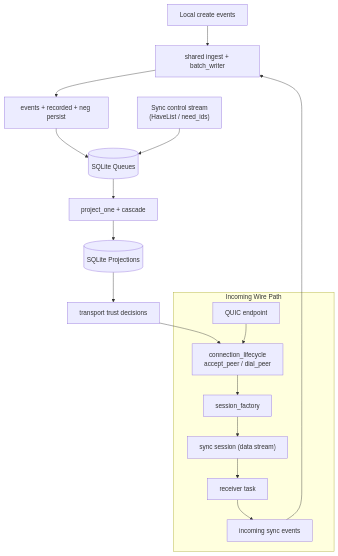
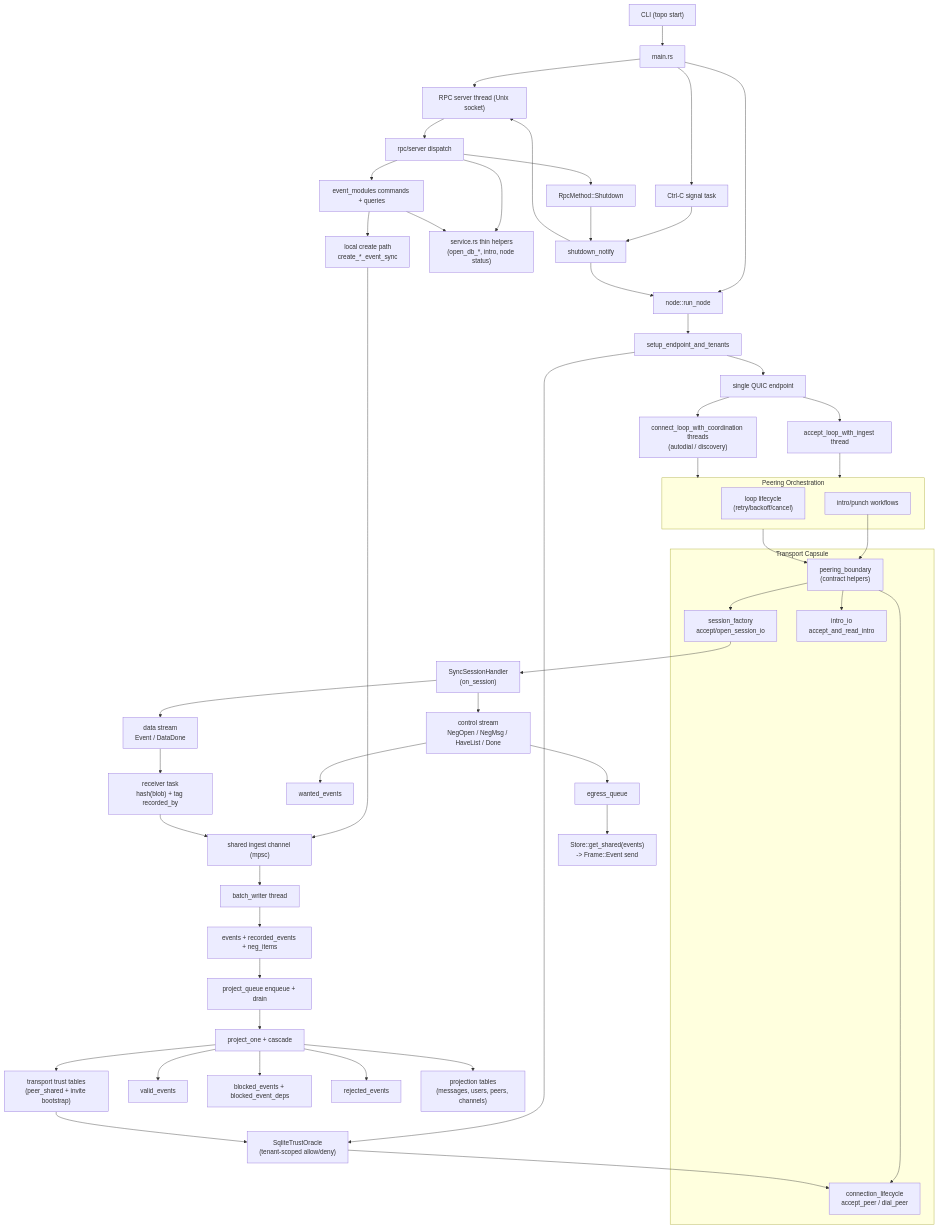
Before and after one commit to holmesworcester/topo: the fifth of 5 diagrams in docs/CURRENT_RUNTIME_DIAGRAM.md, drawn with Mermaid. The commit also changed other lines of this file, not shown here.

Commit message:
Reorder runtime diagrams and keep topology as reference

````diff
--- a/docs/CURRENT_RUNTIME_DIAGRAM.md
+++ b/docs/CURRENT_RUNTIME_DIAGRAM.md
@@ -169,22 +119,73 @@
 ```mermaid
 flowchart TD
-    LOCAL["Local create events"] --> INGEST["shared ingest + batch_writer"]
+    CLI["CLI (topo start)"] --> MAIN["main.rs"]
+    MAIN --> RPC["RPC server thread (Unix socket)"]
+    MAIN --> NODE["node::run_node"]
+    MAIN --> SIG["Ctrl-C signal task"]
+    SIG --> SHUT_N["shutdown_notify"]
 
-    subgraph NET["Incoming Wire Path"]
-      EP["QUIC endpoint"] --> LIFE["connection_lifecycle\naccept_peer / dial_peer"]
-      LIFE --> FACT["session_factory"]
-      FACT --> SESS["sync session (data stream)"]
-      SESS --> RECV["receiver task"]
-      RECV --> INCOMING["incoming sync events"]
+    RPC --> DISPATCH["rpc/server dispatch"]
+    DISPATCH --> SHUT_REQ["RpcMethod::Shutdown"]
+    SHUT_REQ --> SHUT_N
+    DISPATCH --> EMQ["event_modules commands + queries"]
+    DISPATCH --> SVC["service.rs thin helpers\n(open_db_*, intro, node status)"]
+    EMQ --> SVC
+
+    EMQ --> LOCAL["local create path\ncreate_*_event_sync"]
+    LOCAL --> INGEST["shared ingest channel (mpsc)"]
+
+    NODE --> START["setup_endpoint_and_tenants"]
+    START --> EP["single QUIC endpoint"]
+    START --> TRUST["SqliteTrustOracle\n(tenant-scoped allow/deny)"]
+
+    INGEST --> WRITER["batch_writer thread"]
+    WRITER --> STORE["events + recorded_events + neg_items"]
+    STORE --> PROJ_Q["project_queue enqueue + drain"]
+    PROJ_Q --> PROJ["project_one + cascade"]
+
+    EP --> ACCEPT["accept_loop_with_ingest thread"]
+    EP --> CONNECT["connect_loop_with_coordination threads\n(autodial / discovery)"]
+
+    ACCEPT --> ORCH
+    CONNECT --> ORCH
+
+    subgraph ORCH["Peering Orchestration"]
+      CYCLE["loop lifecycle\n(retry/backoff/cancel)"]
+      INTRO["intro/punch workflows"]
     end
 
-    INCOMING --> INGEST
-    INGEST --> STORE["events + recorded + neg persist"]
-    STORE --> QDB[("SQLite Queues")]
-    QDB --> APPLY["project_one + cascade"]
-    APPLY --> PDB[("SQLite Projections")]
+    subgraph TRANS["Transport Capsule"]
+      BOUND["peering_boundary\n(contract helpers)"]
+      LIFE["connection_lifecycle\naccept_peer / dial_peer"]
+      FACT["session_factory\naccept/open_session_io"]
+      IIO["intro_io\naccept_and_read_intro"]
+    end
 
-    CTRL["Sync control stream\n(HaveList / need_ids)"] --> QDB
-    PDB --> TRUST["transport trust decisions"]
+    ORCH --> BOUND
+    INTRO --> BOUND
+    BOUND --> LIFE
+    BOUND --> FACT
+    BOUND --> IIO
+
+    FACT --> SYNC["SyncSessionHandler\n(on_session)"]
+    SYNC --> CTRL_STREAM["control stream\nNegOpen / NegMsg / HaveList / Done"]
+    SYNC --> DATA["data stream\nEvent / DataDone"]
+
+    CTRL_STREAM --> WANT["wanted_events"]
+    CTRL_STREAM --> EGRESS["egress_queue"]
+    EGRESS --> SEND["Store::get_shared(events)\n-> Frame::Event send"]
+
+    DATA --> RECV["receiver task\nhash(blob) + tag recorded_by"]
+    RECV --> INGEST
+
+    PROJ --> VALID["valid_events"]
+    PROJ --> BLOCKED["blocked_events + blocked_event_deps"]
+    PROJ --> REJECTED["rejected_events"]
+    PROJ --> READS["projection tables\n(messages, users, peers, channels)"]
+    PROJ --> TRUST_DB["transport trust tables\n(peer_shared + invite bootstrap)"]
+
+    TRUST_DB --> TRUST
     TRUST --> LIFE
+    SHUT_N --> NODE
+    SHUT_N --> RPC
 ```
````
